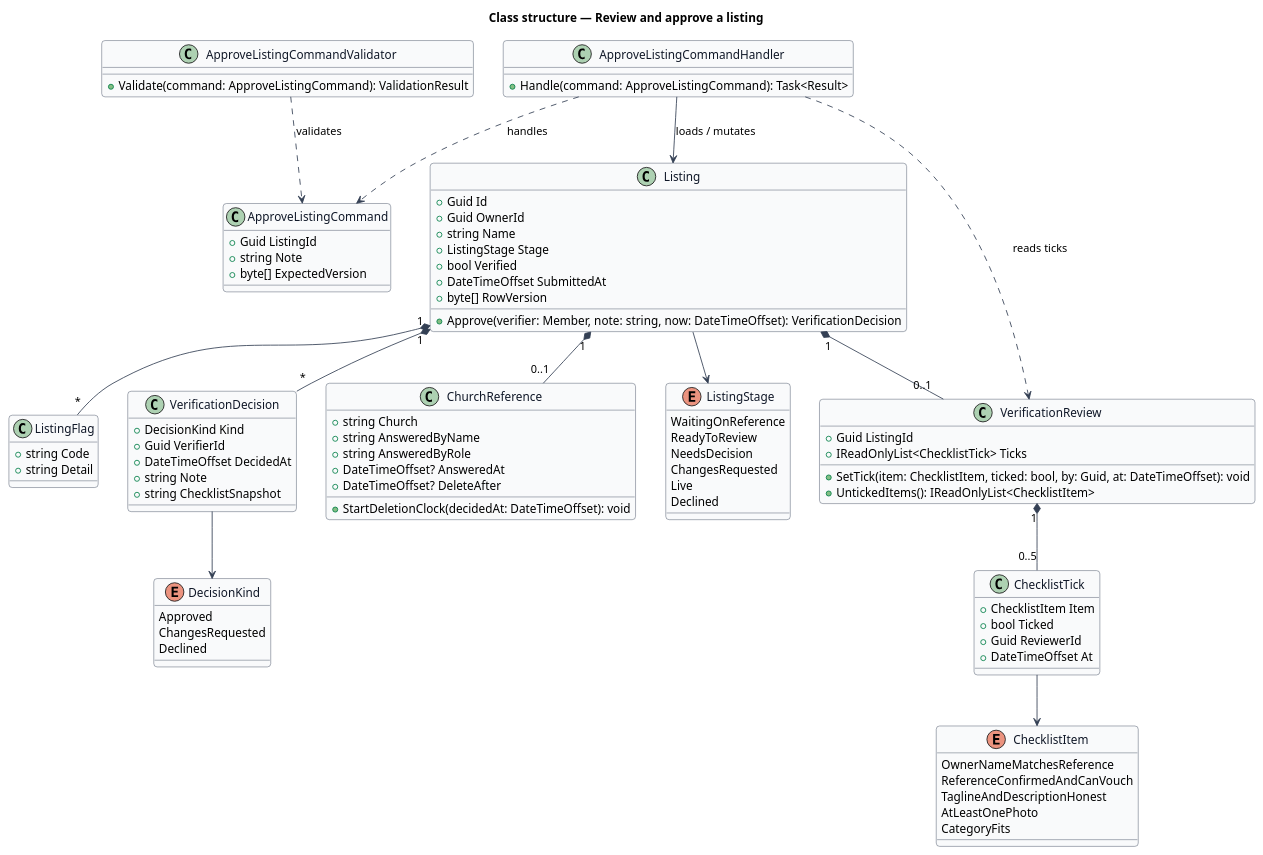
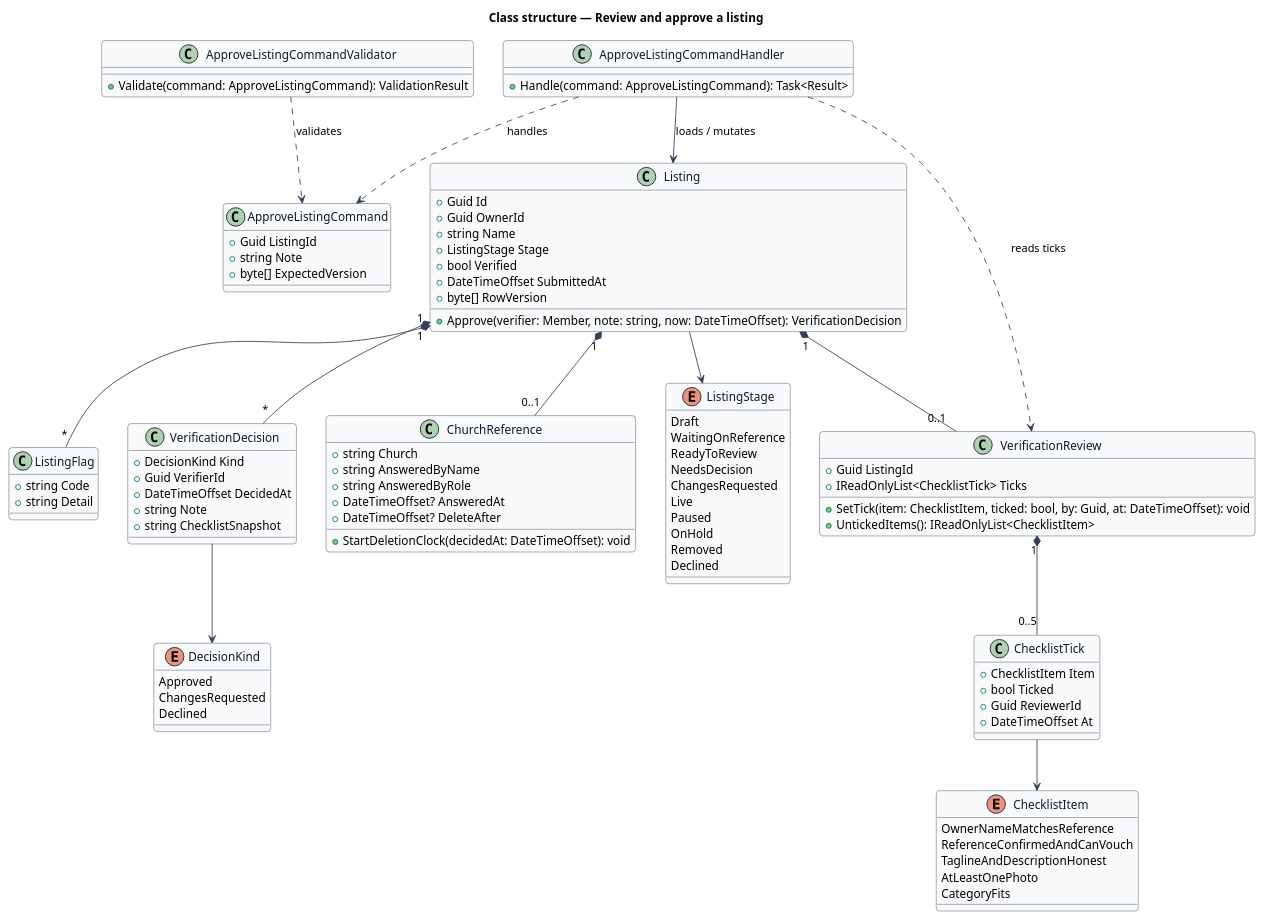
One commit to QuinntyneBrown/jubilee changed the diagram in docs/detailed-designs/verification/review-and-approve-listing/diagrams/class-structure.puml. Above: the diagram before and after it, drawn with PlantUML. The commit also changed 56 other files, not shown here.

```diff
--- a/docs/detailed-designs/verification/review-and-approve-listing/diagrams/class-structure.puml
+++ b/docs/detailed-designs/verification/review-and-approve-listing/diagrams/class-structure.puml
@@ -1,98 +1,102 @@
 @startuml
 skinparam backgroundColor #FFFFFF
 skinparam shadowing false
 skinparam roundcorner 8
 skinparam defaultFontName Arial
 skinparam ArrowColor #344054
 skinparam class {
   BorderColor #344054
   FontColor #101828
   BackgroundColor #F9FAFB
 }
 title Class structure — Review and approve a listing
 enum ListingStage {
+  Draft
   WaitingOnReference
   ReadyToReview
   NeedsDecision
   ChangesRequested
   Live
+  Paused
+  OnHold
+  Removed
   Declined
 }
 enum ChecklistItem {
   OwnerNameMatchesReference
   ReferenceConfirmedAndCanVouch
   TaglineAndDescriptionHonest
   AtLeastOnePhoto
   CategoryFits
 }
 enum DecisionKind {
   Approved
   ChangesRequested
   Declined
 }
 class Listing {
   +Guid Id
   +Guid OwnerId
   +string Name
   +ListingStage Stage
   +bool Verified
   +DateTimeOffset SubmittedAt
   +byte[] RowVersion
   +Approve(verifier: Member, note: string, now: DateTimeOffset): VerificationDecision
 }
 class VerificationReview {
   +Guid ListingId
   +IReadOnlyList<ChecklistTick> Ticks
   +SetTick(item: ChecklistItem, ticked: bool, by: Guid, at: DateTimeOffset): void
   +UntickedItems(): IReadOnlyList<ChecklistItem>
 }
 class ChecklistTick {
   +ChecklistItem Item
   +bool Ticked
   +Guid ReviewerId
   +DateTimeOffset At
 }
 class ListingFlag {
   +string Code
   +string Detail
 }
 class VerificationDecision {
   +DecisionKind Kind
   +Guid VerifierId
   +DateTimeOffset DecidedAt
   +string Note
   +string ChecklistSnapshot
 }
 class ChurchReference {
   +string Church
   +string AnsweredByName
   +string AnsweredByRole
   +DateTimeOffset? AnsweredAt
   +DateTimeOffset? DeleteAfter
   +StartDeletionClock(decidedAt: DateTimeOffset): void
 }
 class ApproveListingCommand {
   +Guid ListingId
   +string Note
   +byte[] ExpectedVersion
 }
 class ApproveListingCommandHandler {
   +Handle(command: ApproveListingCommand): Task<Result>
 }
 class ApproveListingCommandValidator {
   +Validate(command: ApproveListingCommand): ValidationResult
 }
 
 ApproveListingCommandHandler ..> ApproveListingCommand : handles
 ApproveListingCommandValidator ..> ApproveListingCommand : validates
 ApproveListingCommandHandler --> Listing : loads / mutates
 ApproveListingCommandHandler ..> VerificationReview : reads ticks
 Listing "1" *-- "0..1" VerificationReview
 Listing "1" *-- "0..1" ChurchReference
 Listing "1" *-- "*" ListingFlag
 Listing "1" *-- "*" VerificationDecision
 VerificationReview "1" *-- "0..5" ChecklistTick
 ChecklistTick --> ChecklistItem
 VerificationDecision --> DecisionKind
 Listing --> ListingStage
 @enduml
```
